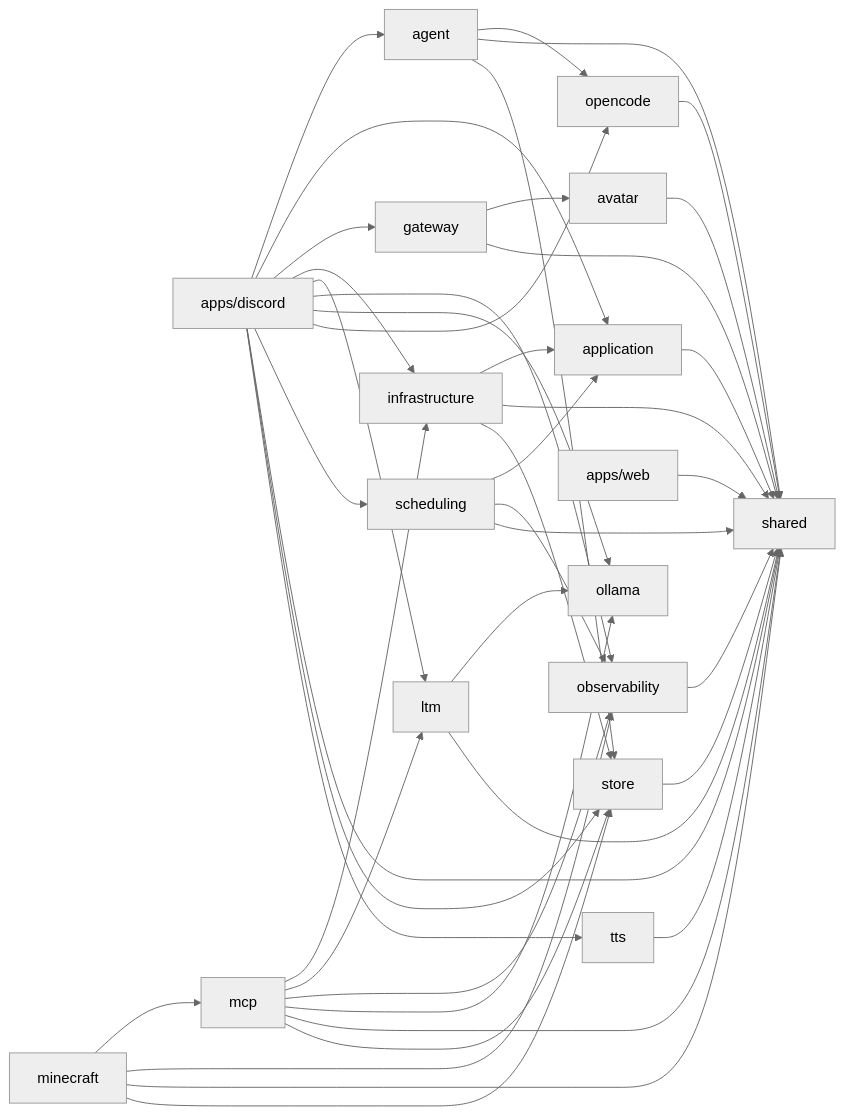
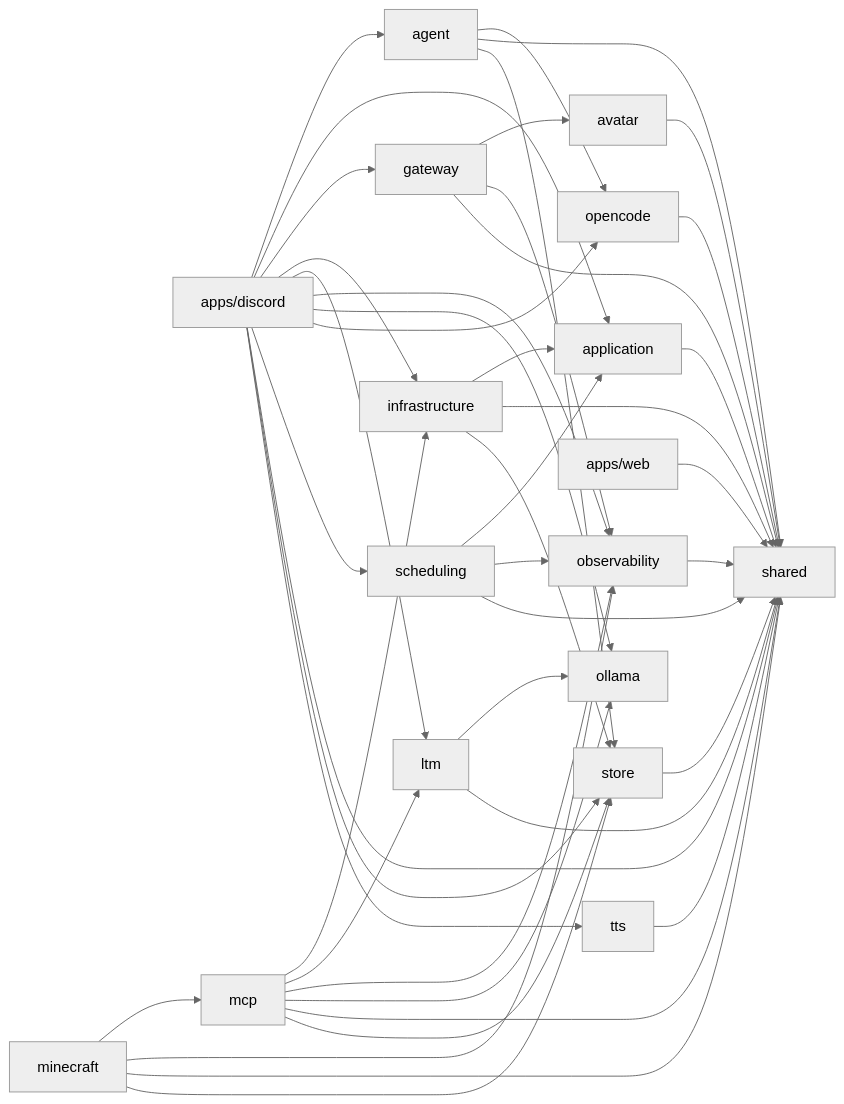
Before and after one commit to OJII3/vicissitude: the diagram in docs/DEPS.md, drawn with Mermaid (neutral theme). The commit also changed other lines of this file and 5 other files, not shown here.

````diff
--- a/docs/DEPS.md
+++ b/docs/DEPS.md
@@ -7,47 +7,48 @@
 ```mermaid
 graph LR
   agent --> opencode
   agent --> shared
   agent --> store
   application --> shared
   apps_discord["apps/discord"] --> agent
   apps_discord["apps/discord"] --> application
   apps_discord["apps/discord"] --> gateway
   apps_discord["apps/discord"] --> infrastructure
   apps_discord["apps/discord"] --> ltm
   apps_discord["apps/discord"] --> observability
   apps_discord["apps/discord"] --> ollama
   apps_discord["apps/discord"] --> opencode
   apps_discord["apps/discord"] --> scheduling
   apps_discord["apps/discord"] --> shared
   apps_discord["apps/discord"] --> store
   apps_discord["apps/discord"] --> tts
   apps_web["apps/web"] --> shared
   avatar --> shared
   gateway --> avatar
+  gateway --> observability
   gateway --> shared
   infrastructure --> application
   infrastructure --> shared
   infrastructure --> store
   ltm --> ollama
   ltm --> shared
   mcp --> infrastructure
   mcp --> ltm
   mcp --> observability
   mcp --> ollama
   mcp --> shared
   mcp --> store
   minecraft --> mcp
   minecraft --> observability
   minecraft --> shared
   minecraft --> store
   observability --> shared
   ollama
   opencode --> shared
   scheduling --> application
   scheduling --> observability
   scheduling --> shared
   shared
   store --> shared
   tts --> shared
 ```
````
